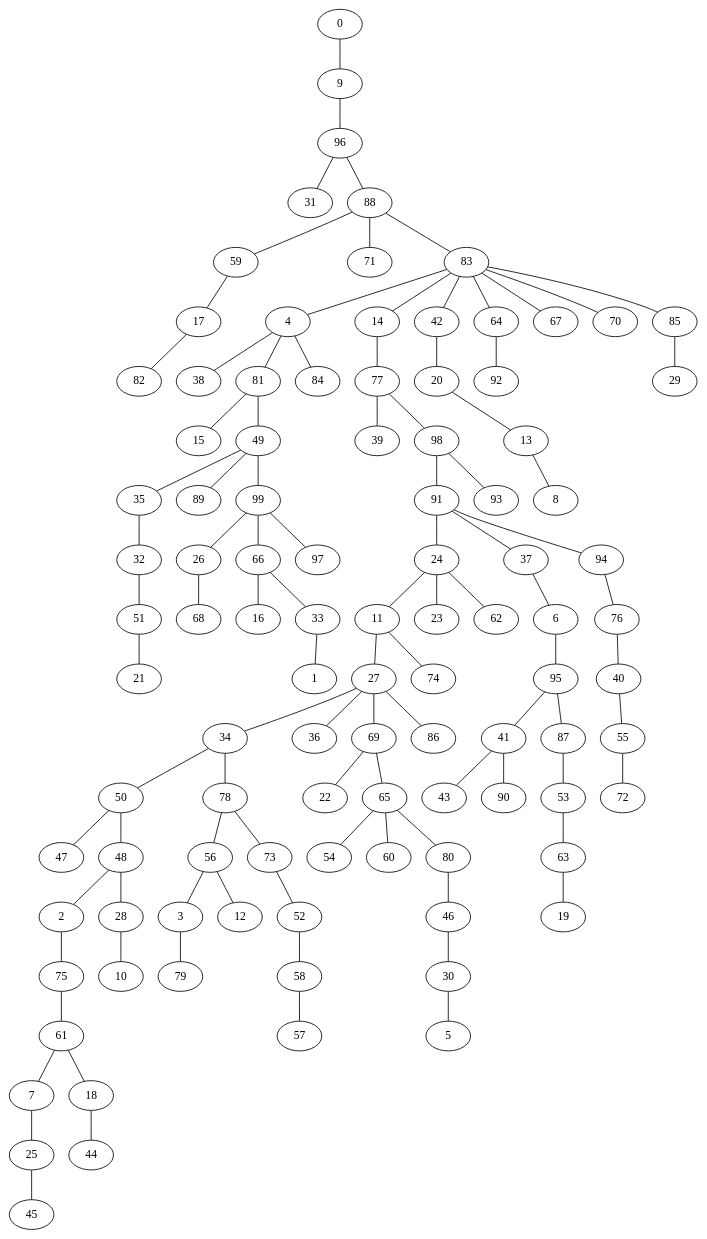
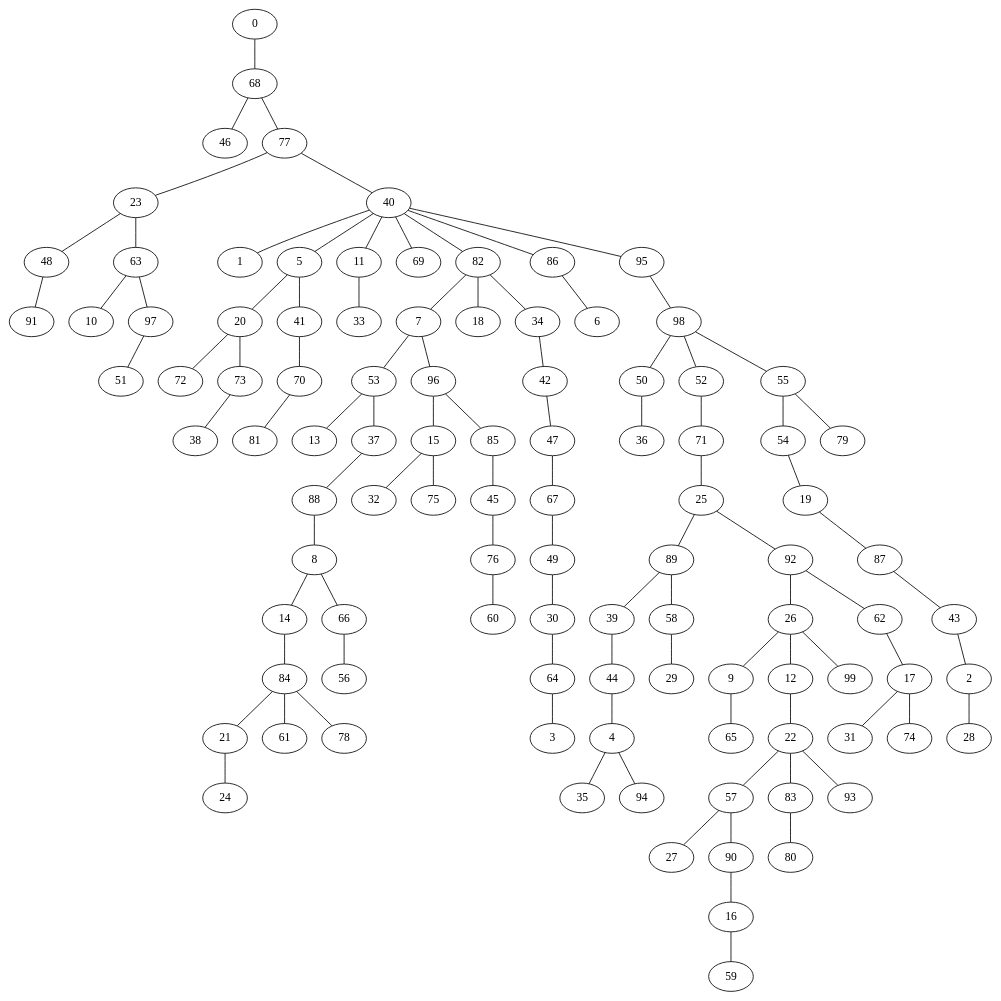
Before and after one commit to VillegasGG/greedy-firefighter-problem: the diagram in pygrapghviz.dot, drawn with Graphviz. The commit also changed 1 other file, not shown here.

```diff
--- a/pygrapghviz.dot
+++ b/pygrapghviz.dot
@@ -1,101 +1,101 @@
 strict graph "" {
-	0 -- 9;
-	9 -- 96;
-	96 -- 31;
-	96 -- 88;
-	88 -- 59;
-	88 -- 71;
-	88 -- 83;
-	59 -- 17;
-	83 -- 4;
-	83 -- 14;
-	83 -- 42;
-	83 -- 64;
-	83 -- 67;
-	83 -- 70;
-	83 -- 85;
-	4 -- 38;
-	4 -- 81;
-	4 -- 84;
-	14 -- 77;
-	42 -- 20;
-	64 -- 92;
-	85 -- 29;
-	20 -- 13;
-	13 -- 8;
-	77 -- 39;
-	77 -- 98;
-	98 -- 91;
-	98 -- 93;
-	91 -- 24;
-	91 -- 37;
-	91 -- 94;
-	24 -- 11;
-	24 -- 23;
-	24 -- 62;
-	37 -- 6;
-	94 -- 76;
-	76 -- 40;
-	40 -- 55;
-	55 -- 72;
-	6 -- 95;
-	95 -- 41;
-	95 -- 87;
-	41 -- 43;
-	41 -- 90;
-	87 -- 53;
-	53 -- 63;
-	63 -- 19;
-	11 -- 27;
-	11 -- 74;
-	27 -- 34;
-	27 -- 36;
-	27 -- 69;
-	27 -- 86;
-	34 -- 50;
-	34 -- 78;
-	69 -- 22;
-	69 -- 65;
-	65 -- 54;
-	65 -- 60;
-	65 -- 80;
-	80 -- 46;
-	46 -- 30;
-	30 -- 5;
-	50 -- 47;
-	50 -- 48;
-	78 -- 56;
-	78 -- 73;
-	56 -- 3;
-	56 -- 12;
-	73 -- 52;
-	52 -- 58;
-	58 -- 57;
-	3 -- 79;
-	48 -- 2;
-	48 -- 28;
-	2 -- 75;
-	28 -- 10;
-	75 -- 61;
-	61 -- 7;
-	61 -- 18;
-	7 -- 25;
-	18 -- 44;
-	25 -- 45;
-	81 -- 15;
-	81 -- 49;
-	49 -- 35;
-	49 -- 89;
-	49 -- 99;
-	35 -- 32;
-	99 -- 26;
-	99 -- 66;
-	99 -- 97;
-	26 -- 68;
-	66 -- 16;
-	66 -- 33;
-	33 -- 1;
-	32 -- 51;
-	51 -- 21;
-	17 -- 82;
+	0 -- 68;
+	68 -- 46;
+	68 -- 77;
+	77 -- 23;
+	77 -- 40;
+	23 -- 48;
+	23 -- 63;
+	40 -- 1;
+	40 -- 5;
+	40 -- 11;
+	40 -- 69;
+	40 -- 82;
+	40 -- 86;
+	40 -- 95;
+	5 -- 20;
+	5 -- 41;
+	11 -- 33;
+	82 -- 7;
+	82 -- 18;
+	82 -- 34;
+	86 -- 6;
+	95 -- 98;
+	98 -- 50;
+	98 -- 52;
+	98 -- 55;
+	50 -- 36;
+	52 -- 71;
+	55 -- 54;
+	55 -- 79;
+	54 -- 19;
+	19 -- 87;
+	87 -- 43;
+	43 -- 2;
+	2 -- 28;
+	71 -- 25;
+	25 -- 89;
+	25 -- 92;
+	89 -- 39;
+	89 -- 58;
+	92 -- 26;
+	92 -- 62;
+	26 -- 9;
+	26 -- 12;
+	26 -- 99;
+	62 -- 17;
+	17 -- 31;
+	17 -- 74;
+	9 -- 65;
+	12 -- 22;
+	22 -- 57;
+	22 -- 83;
+	22 -- 93;
+	57 -- 27;
+	57 -- 90;
+	83 -- 80;
+	90 -- 16;
+	16 -- 59;
+	39 -- 44;
+	58 -- 29;
+	44 -- 4;
+	4 -- 35;
+	4 -- 94;
+	7 -- 53;
+	7 -- 96;
+	34 -- 42;
+	42 -- 47;
+	47 -- 67;
+	67 -- 49;
+	49 -- 30;
+	30 -- 64;
+	64 -- 3;
+	53 -- 13;
+	53 -- 37;
+	96 -- 15;
+	96 -- 85;
+	15 -- 32;
+	15 -- 75;
+	85 -- 45;
+	45 -- 76;
+	76 -- 60;
+	37 -- 88;
+	88 -- 8;
+	8 -- 14;
+	8 -- 66;
+	14 -- 84;
+	66 -- 56;
+	84 -- 21;
+	84 -- 61;
+	84 -- 78;
+	21 -- 24;
+	20 -- 72;
+	20 -- 73;
+	41 -- 70;
+	70 -- 81;
+	73 -- 38;
+	48 -- 91;
+	63 -- 10;
+	63 -- 97;
+	97 -- 51;
 }
```
